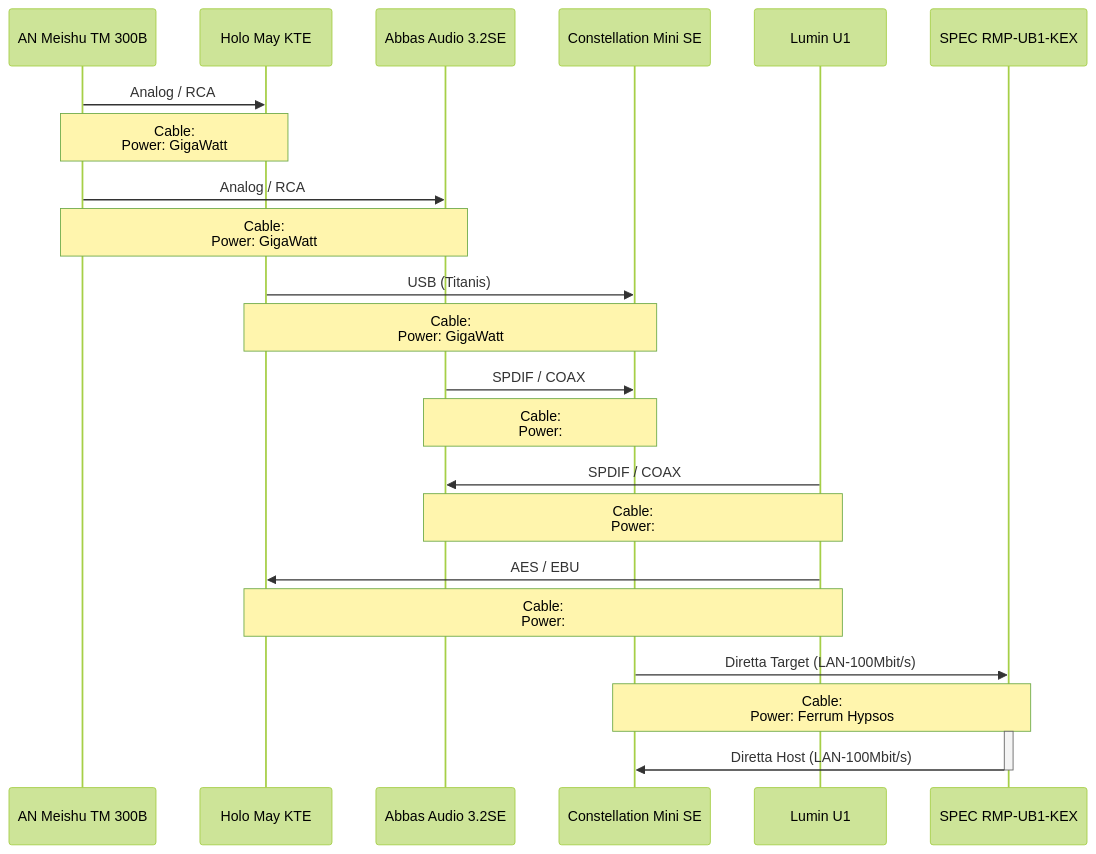
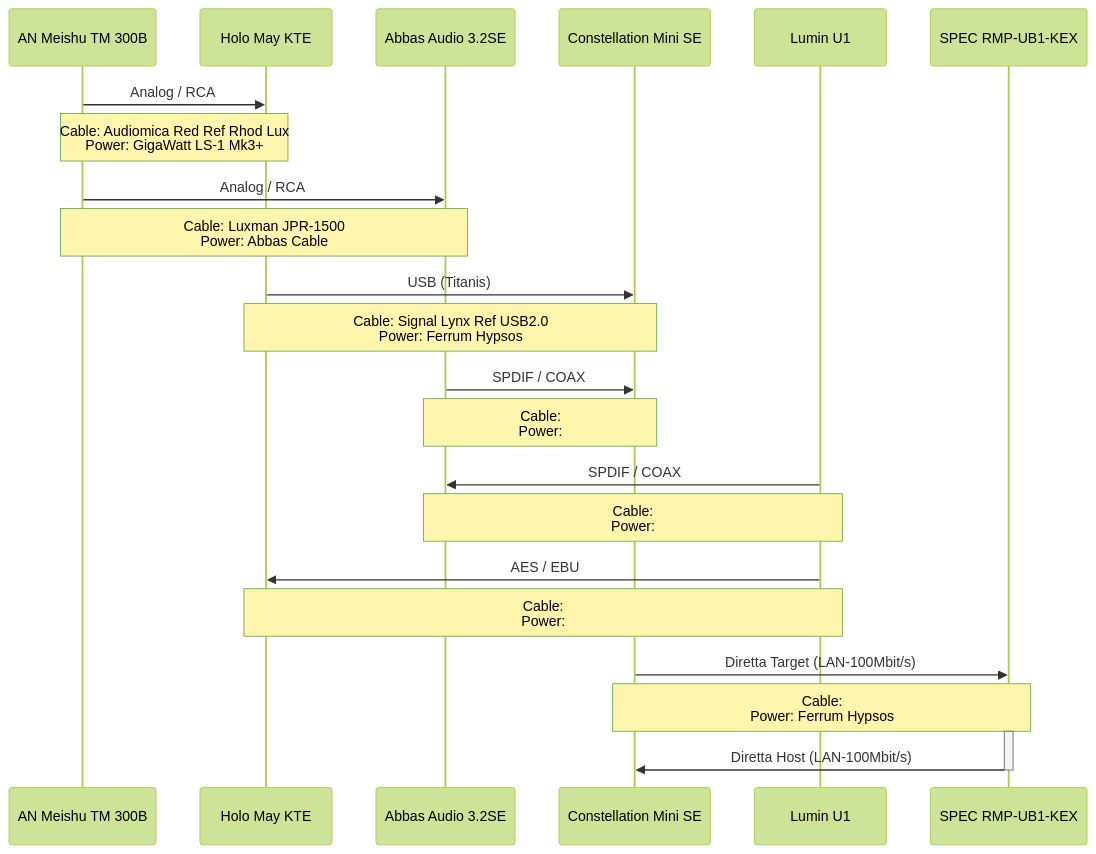
Before and after one commit to geraldfehringer/diretta: the diagram in gerihifi-setup.md, drawn with Mermaid (forest theme). The commit also changed other lines of this file, not shown here.

````diff
--- a/gerihifi-setup.md
+++ b/gerihifi-setup.md
@@ -9,20 +21,20 @@
 ```mermaid
 sequenceDiagram
     AN Meishu TM 300B->>Holo May KTE: Analog / RCA
-    Note over AN Meishu TM 300B,Holo May KTE: Cable: <br> Power: GigaWatt
+    Note over AN Meishu TM 300B,Holo May KTE: Cable: Audiomica Red Ref Rhod Lux<br> Power: GigaWatt LS-1 Mk3+
     AN Meishu TM 300B->>Abbas Audio 3.2SE: Analog / RCA
-    Note over AN Meishu TM 300B,Abbas Audio 3.2SE: Cable: <br> Power: GigaWatt
+    Note over AN Meishu TM 300B,Abbas Audio 3.2SE: Cable: Luxman JPR-1500<br> Power: Abbas Cable
     Holo May KTE->>Constellation Mini SE: USB (Titanis)
-    Note over Constellation Mini SE,Holo May KTE: Cable: <br> Power: GigaWatt
+    Note over Constellation Mini SE,Holo May KTE: Cable: Signal Lynx Ref USB2.0<br> Power: Ferrum Hypsos
     Abbas Audio 3.2SE->>Constellation Mini SE: SPDIF / COAX
     Note over Constellation Mini SE,Abbas Audio 3.2SE: Cable: <br> Power:
     Lumin U1->>Abbas Audio 3.2SE: SPDIF / COAX
     Note over Abbas Audio 3.2SE,Lumin U1: Cable: <br> Power:
     Lumin U1->>Holo May KTE: AES / EBU
     Note over Holo May KTE,Lumin U1: Cable: <br> Power:
     Constellation Mini SE->>SPEC RMP-UB1-KEX: Diretta Target (LAN-100Mbit/s)
     Note over SPEC RMP-UB1-KEX,Constellation Mini SE: Cable: <br> Power: Ferrum Hypsos
     activate SPEC RMP-UB1-KEX
     SPEC RMP-UB1-KEX->>Constellation Mini SE: Diretta Host (LAN-100Mbit/s)
     deactivate SPEC RMP-UB1-KEX
 ```
````
